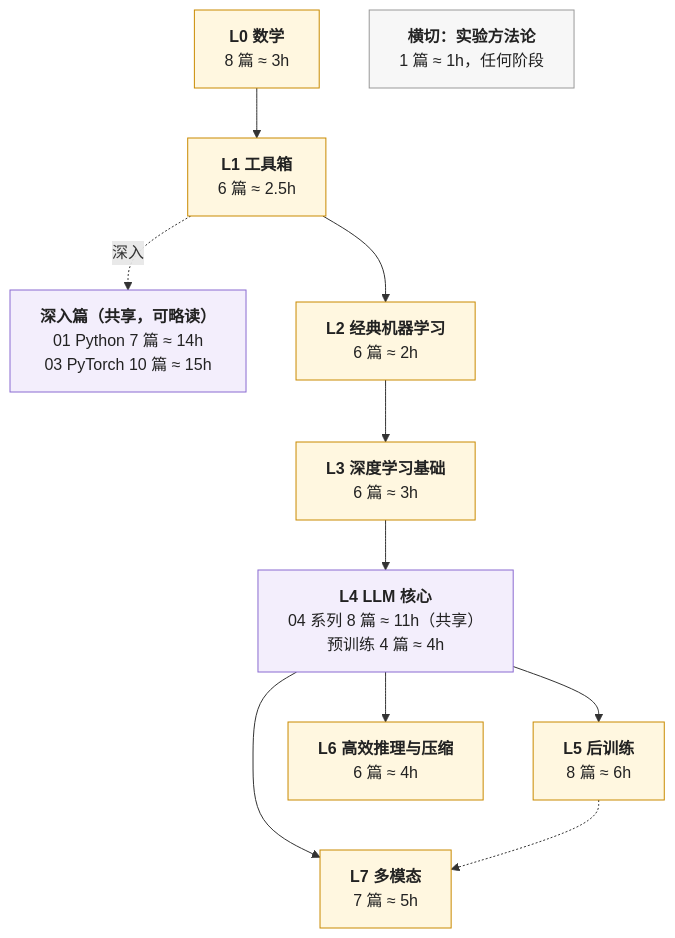
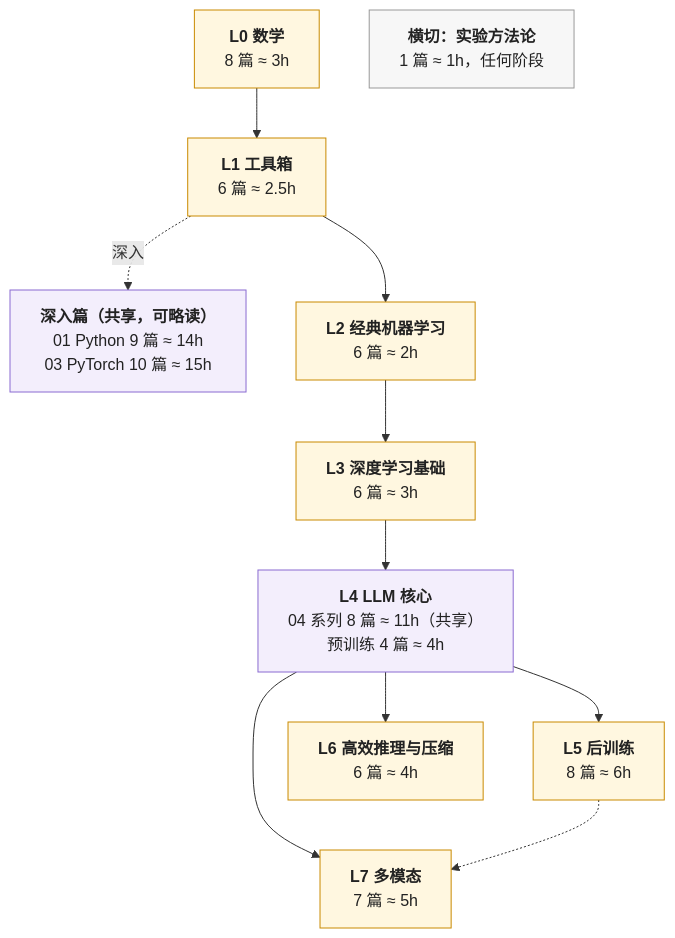
Before and after one commit to arganzheng/arganzheng.github.com: the second of 2 diagrams in _posts/2026-01-02-ai-algorithm-engineer-learning-roadmap.md, drawn with Mermaid. The commit also changed 12 other files, not shown here.

Commit message:
拆分 Python 02 → 上「类型表达」/ 中「分发与消费」/ 下「数据契约」（#52）；总纲、总结、地图、AGENTS.md 同步

````diff
--- a/_posts/2026-01-02-ai-algorithm-engineer-learning-roadmap.md
+++ b/_posts/2026-01-02-ai-algorithm-engineer-learning-roadmap.md
@@ -86,38 +86,38 @@
 ```mermaid
 %%{init: {"flowchart": {"wrappingWidth": 260}}}%%
 flowchart TB
     L0["`**L0 数学**
 8 篇 ≈ 3h`"]
     L1["`**L1 工具箱**
 6 篇 ≈ 2.5h`"]
     D["`**深入篇（共享，可略读）**
-01 Python 7 篇 ≈ 14h
+01 Python 9 篇 ≈ 14h
 03 PyTorch 10 篇 ≈ 15h`"]
     L2["`**L2 经典机器学习**
 6 篇 ≈ 2h`"]
     L3["`**L3 深度学习基础**
 6 篇 ≈ 3h`"]
     L4["`**L4 LLM 核心**
 04 系列 8 篇 ≈ 11h（共享）
 预训练 4 篇 ≈ 4h`"]
     L5["`**L5 后训练**
 8 篇 ≈ 6h`"]
     L6["`**L6 高效推理与压缩**
 6 篇 ≈ 4h`"]
     L7["`**L7 多模态**
 7 篇 ≈ 5h`"]
     X["`**横切：实验方法论**
 1 篇 ≈ 1h，任何阶段`"]
     L0 --> L1 --> L2 --> L3 --> L4 --> L5
     L1 -. 深入 .-> D
     L4 --> L6
     L4 --> L7
     L5 -.-> L7
 
     classDef algo fill:#fff7e0,stroke:#c98a00,stroke-width:1px,color:#222
     classDef shared fill:#f3eefc,stroke:#8a6bd1,stroke-width:1px,color:#222
     classDef cross fill:#f7f7f7,stroke:#999,stroke-width:1px,color:#222
     class L0,L1,L2,L3,L5,L6,L7 algo
     class D,L4 shared
     class X cross
 ```
````
